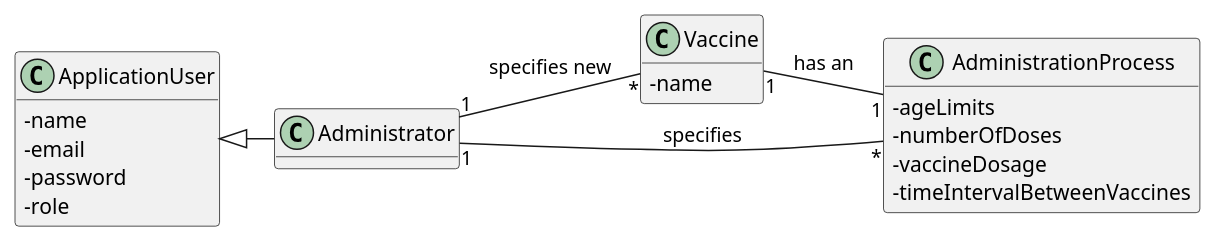
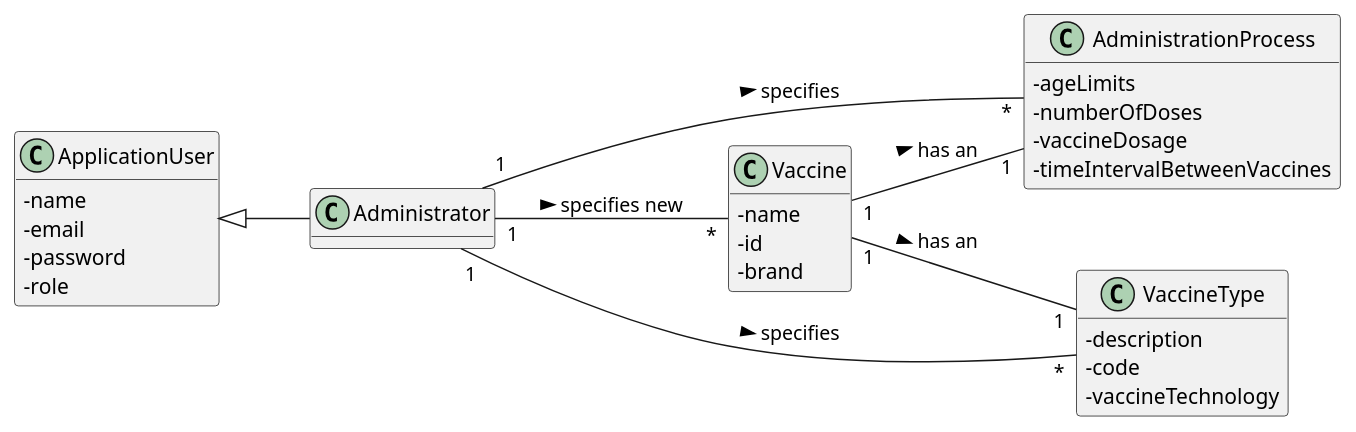
Before and after one commit to Pirussa/lei-22-s2-1da-g02: the diagram in docs/SprintB/US013/US013_DM.puml, drawn with PlantUML. The commit also changed 17 other files, not shown here.

```diff
--- a/docs/SprintB/US013/US013_DM.puml
+++ b/docs/SprintB/US013/US013_DM.puml
@@ -1,39 +1,49 @@
 @startuml
-!pragma layout smetana
 
 hide methods
 left to right direction
 skinparam classAttributeIconSize 0
 
 
 class Administrator {
 
 }
 
 class Vaccine{
     -name
+    -id
+    -brand
 }
 
 class AdministrationProcess {
     -ageLimits
     -numberOfDoses
     -vaccineDosage
     -timeIntervalBetweenVaccines
 
+}
+
+class VaccineType{
+-description
+-code
+-vaccineTechnology
 }
 
 class ApplicationUser {
     -name
     -email
     -password
     -role
 }
 
 Administrator "1" -- "*" Vaccine: specifies new >
 Administrator "1" -- "*" AdministrationProcess: specifies  >
+Administrator "1" -- "*" VaccineType: specifies  >
+
 Vaccine "1" -- "1" AdministrationProcess: has an >
+Vaccine "1" -- "1" VaccineType: has an >
 ApplicationUser  <|-- Administrator
 
 
 
 @enduml
```
